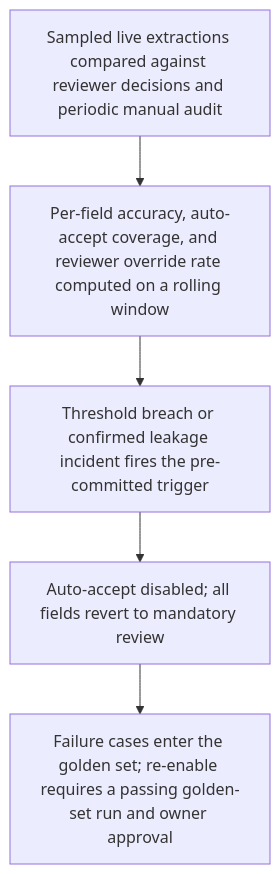
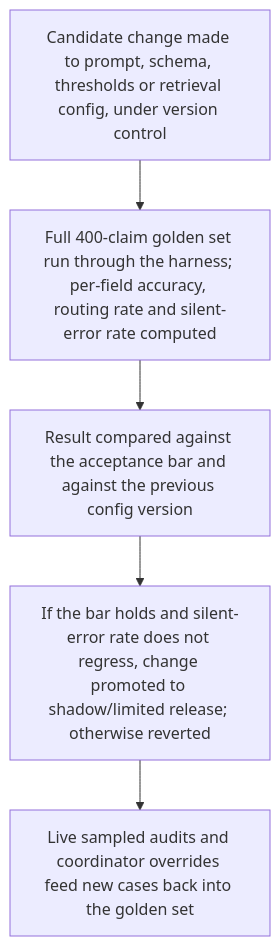
The fourth of 4 diagrams in docs/samples/insurance-fnol-intake.md (shanelabountyai/use-case-studio), drawn with Mermaid before and after one commit. The commit also changed other lines of this file and 3 other files, not shown here.

````diff
--- a/docs/samples/insurance-fnol-intake.md
+++ b/docs/samples/insurance-fnol-intake.md
@@ -124,12 +122,12 @@
 ```mermaid
 flowchart TD
-  n3_0["Sampled live extractions compared against reviewer decisions and periodic manual audit"]
-  n3_1["Per-field accuracy, auto-accept coverage, and reviewer override rate computed on a rolling window"]
-  n3_2["Threshold breach or confirmed leakage incident fires the pre-committed trigger"]
-  n3_3["Auto-accept disabled; all fields revert to mandatory review"]
-  n3_4["Failure cases enter the golden set; re-enable requires a passing golden-set run and owner approval"]
+  n3_0["Candidate change made to prompt, schema, thresholds or retrieval config, under version control"]
+  n3_1["Full 400-claim golden set run through the harness; per-field accuracy, routing rate and silent-error rate computed"]
+  n3_2["Result compared against the acceptance bar and against the previous config version"]
+  n3_3["If the bar holds and silent-error rate does not regress, change promoted to shadow/limited release; otherwise reverted"]
+  n3_4["Live sampled audits and coordinator overrides feed new cases back into the golden set"]
   n3_0 --> n3_1
   n3_1 --> n3_2
   n3_2 --> n3_3
   n3_3 --> n3_4
 ```
````
